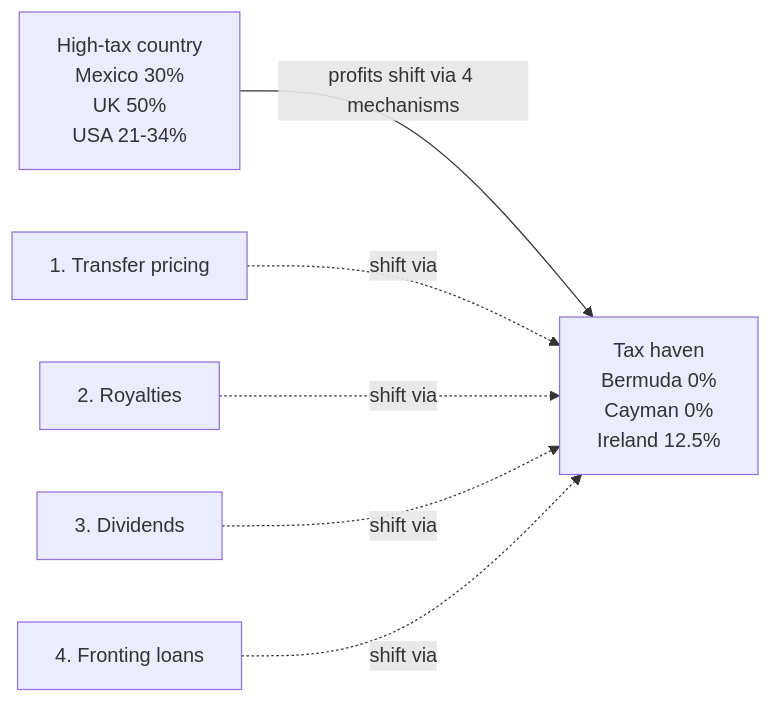
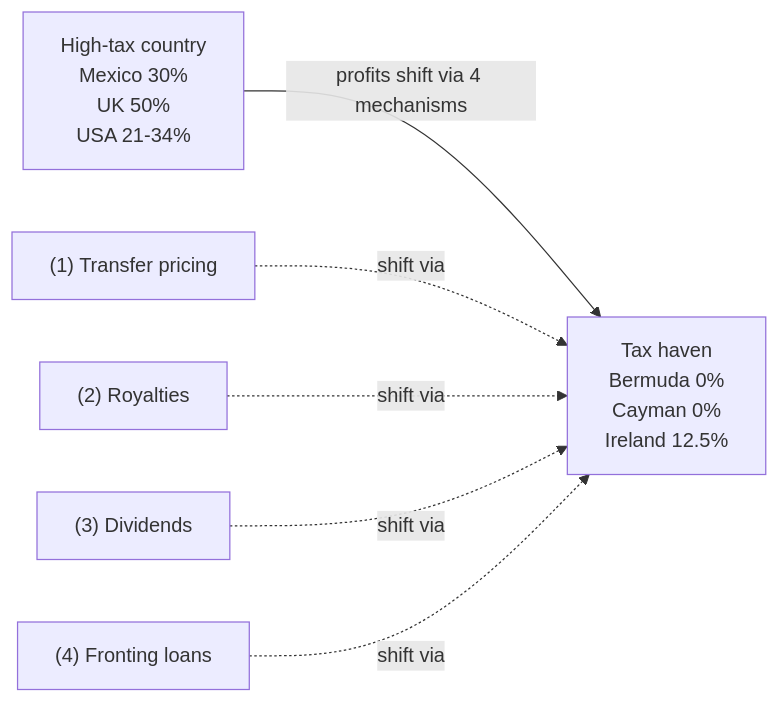
One commit to AleksiVirkkala/ADM-11013-final-exam-preparation changed the diagram in content/topics/tax-mechanisms/index.md. Above: the diagram before and after it, drawn with Mermaid. The commit also changed 1 other file, not shown here.

Commit message:
Fix Mermaid numbered labels

````diff
--- a/content/topics/tax-mechanisms/index.md
+++ b/content/topics/tax-mechanisms/index.md
@@ -39,9 +39,9 @@
 ```mermaid
 graph LR
     HIGH[High-tax country<br/>Mexico 30%<br/>UK 50%<br/>USA 21-34%] -->|profits shift via 4 mechanisms| HAVEN[Tax haven<br/>Bermuda 0%<br/>Cayman 0%<br/>Ireland 12.5%]
 
-    M1["1. Transfer pricing"] -.shift via.-> HAVEN
-    M2["2. Royalties"] -.shift via.-> HAVEN
-    M3["3. Dividends"] -.shift via.-> HAVEN
-    M4["4. Fronting loans"] -.shift via.-> HAVEN
+    M1["(1) Transfer pricing"] -.shift via.-> HAVEN
+    M2["(2) Royalties"] -.shift via.-> HAVEN
+    M3["(3) Dividends"] -.shift via.-> HAVEN
+    M4["(4) Fronting loans"] -.shift via.-> HAVEN
 ```
````
